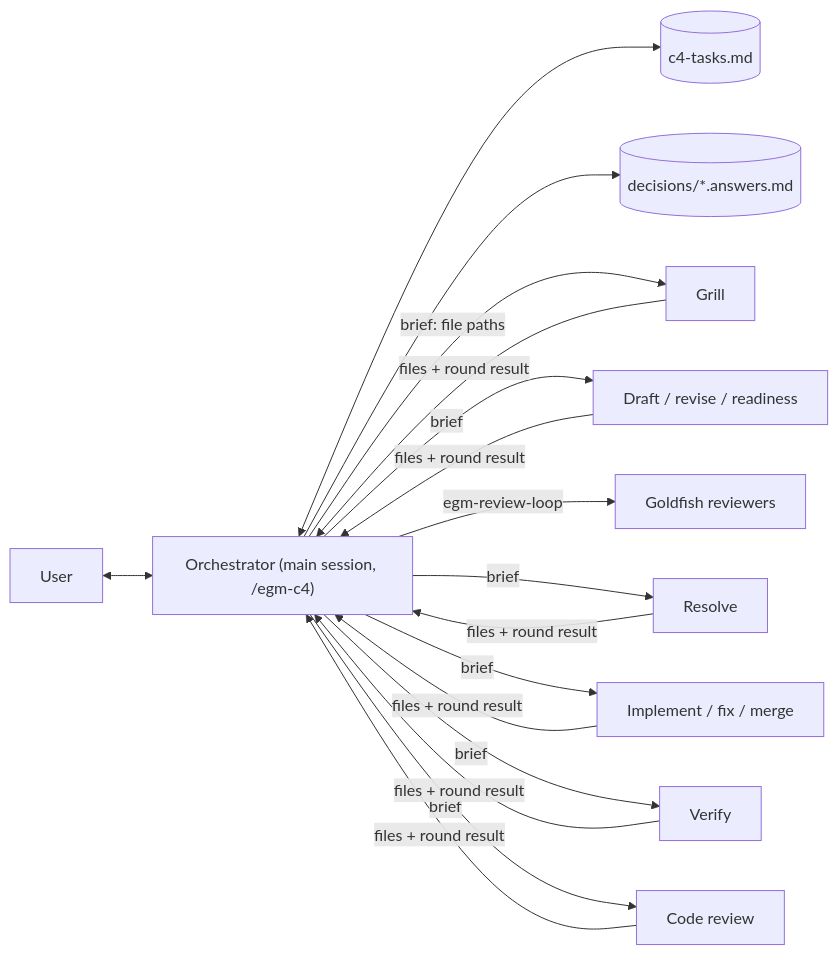
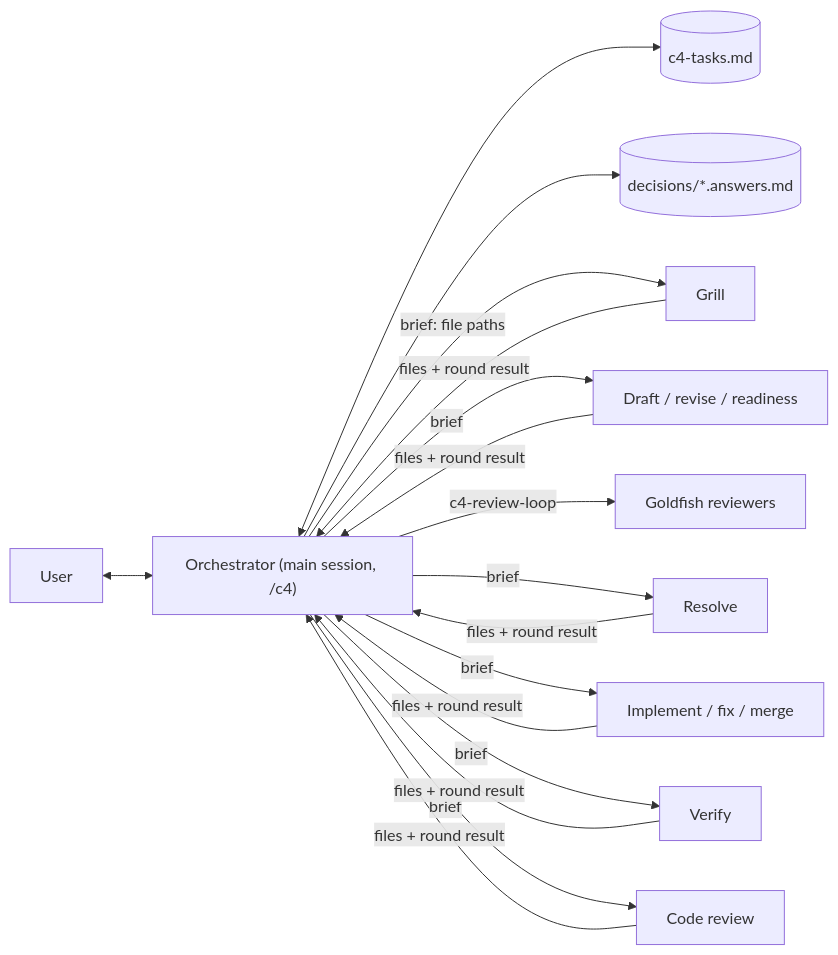
Before and after one commit to Sapico-BE/c4-elephant-goldfish-model: the diagram in docs/designs/c4.md, drawn with Mermaid. The commit also changed other lines of this file and 227 other files, not shown here.

First line of the commit message:
feat!: rename egm-* skills and reviewers to c4-*

````diff
--- a/docs/designs/c4.md
+++ b/docs/designs/c4.md
@@ -184,14 +184,14 @@
 ```mermaid
 flowchart LR
-    U[User] <--> O["Orchestrator (main session, /egm-c4)"]
+    U[User] <--> O["Orchestrator (main session, /c4)"]
     O <--> L[(c4-tasks.md)]
     O --> A[(decisions/*.answers.md)]
     O -- brief: file paths --> G[Grill]
     O -- brief --> W[Draft / revise / readiness]
-    O -- egm-review-loop --> R[Goldfish reviewers]
+    O -- c4-review-loop --> R[Goldfish reviewers]
     O -- brief --> S[Resolve]
     O -- brief --> I[Implement / fix / merge]
     O -- brief --> V[Verify]
     O -- brief --> C[Code review]
     G & W & S & I & V & C -- files + round result --> O
 ```
````
